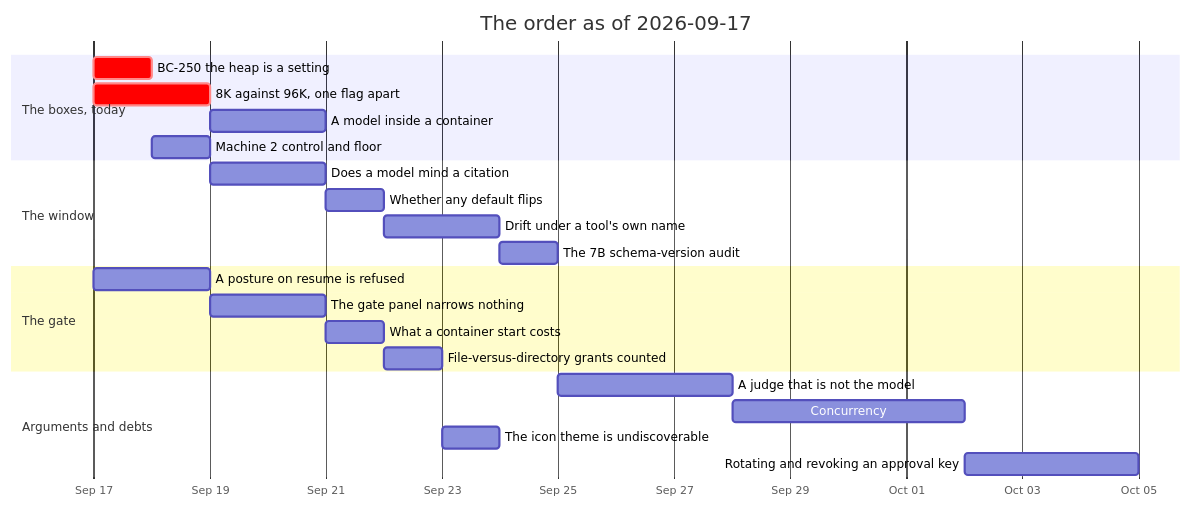
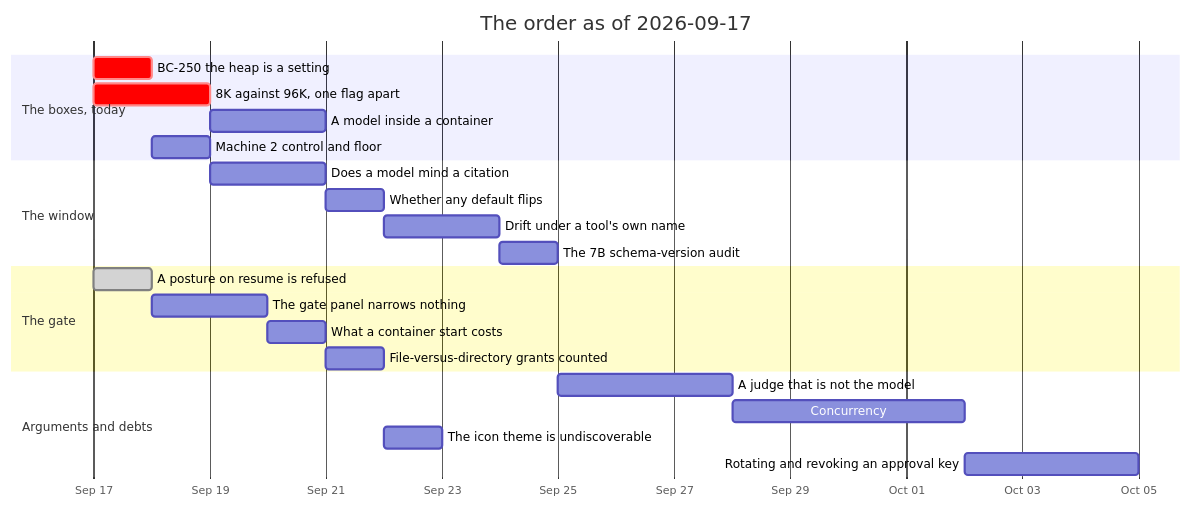
The diagram in ROADMAP/2026-09-17/README.md (jgermade/luu), drawn with Mermaid before and after one commit. The commit also changed other lines of this file and 7 other files, not shown here.

````diff
--- a/ROADMAP/2026-09-17/README.md
+++ b/ROADMAP/2026-09-17/README.md
@@ -105,26 +105,26 @@
 ```mermaid
 gantt
     title The order as of 2026-09-17
     dateFormat YYYY-MM-DD
     axisFormat %b %d
     section The boxes, today
     BC-250 the heap is a setting           :crit, gtt, 2026-09-17, 1d
     8K against 96K, one flag apart         :crit, ctx, 2026-09-17, 2d
     A model inside a container             :ctr, after ctx, 2d
     Machine 2 control and floor            :m2, after gtt, 1d
     section The window
     Does a model mind a citation           :cite, after ctx, 2d
     Whether any default flips              :flip, after cite, 1d
     Drift under a tool's own name          :drift, after flip, 2d
     The 7B schema-version audit            :audit, after drift, 1d
     section The gate
-    A posture on resume is refused         :posture, 2026-09-17, 2d
+    A posture on resume is refused         :done, posture, 2026-09-17, 1d
     The gate panel narrows nothing         :panel, after posture, 2d
     What a container start costs           :cost, after panel, 1d
     File-versus-directory grants counted   :grants, after cost, 1d
     section Arguments and debts
     A judge that is not the model          :judge, after audit, 3d
     Concurrency                            :conc, after judge, 4d
     The icon theme is undiscoverable       :icon, after grants, 1d
     Rotating and revoking an approval key  :keys, after conc, 3d
 ```
````
